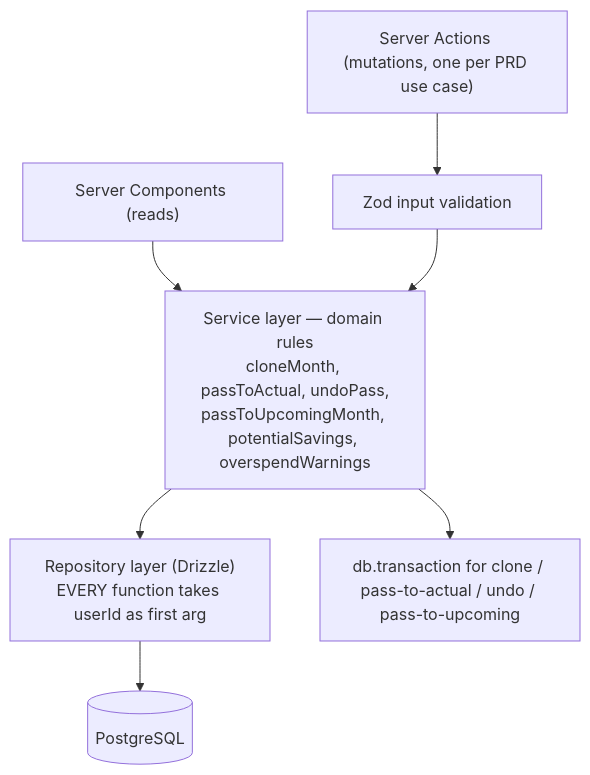
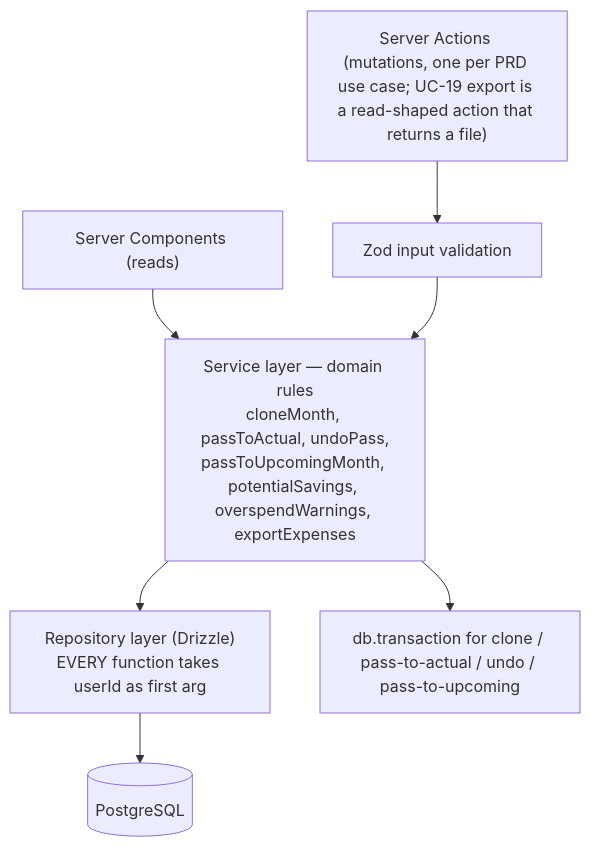
One commit to jsoladur/monthly-expenses changed the fourth of 4 diagrams in docs/architecture/ARCHITECTURE.md. Above: the diagram before and after it, drawn with Mermaid. The commit also changed other lines of this file and 26 other files, not shown here.

````diff
--- a/docs/architecture/ARCHITECTURE.md
+++ b/docs/architecture/ARCHITECTURE.md
@@ -193,9 +194,9 @@
 ```mermaid
 flowchart TD
     RSC["Server Components (reads)"] --> SVC
-    ACT["Server Actions (mutations, one per PRD use case)"] --> ZOD["Zod input validation"]
-    ZOD --> SVC["Service layer — domain rules<br/>cloneMonth, passToActual, undoPass,<br/>passToUpcomingMonth, potentialSavings, overspendWarnings"]
+    ACT["Server Actions (mutations, one per PRD use case; UC-19 export is a read-shaped action that returns a file)"] --> ZOD["Zod input validation"]
+    ZOD --> SVC["Service layer — domain rules<br/>cloneMonth, passToActual, undoPass,<br/>passToUpcomingMonth, potentialSavings, overspendWarnings, exportExpenses"]
     SVC --> REPO["Repository layer (Drizzle)<br/>EVERY function takes userId as first arg"]
     REPO --> DB[("PostgreSQL")]
     SVC --> TX["db.transaction for clone / pass-to-actual / undo / pass-to-upcoming"]
 ```
````
